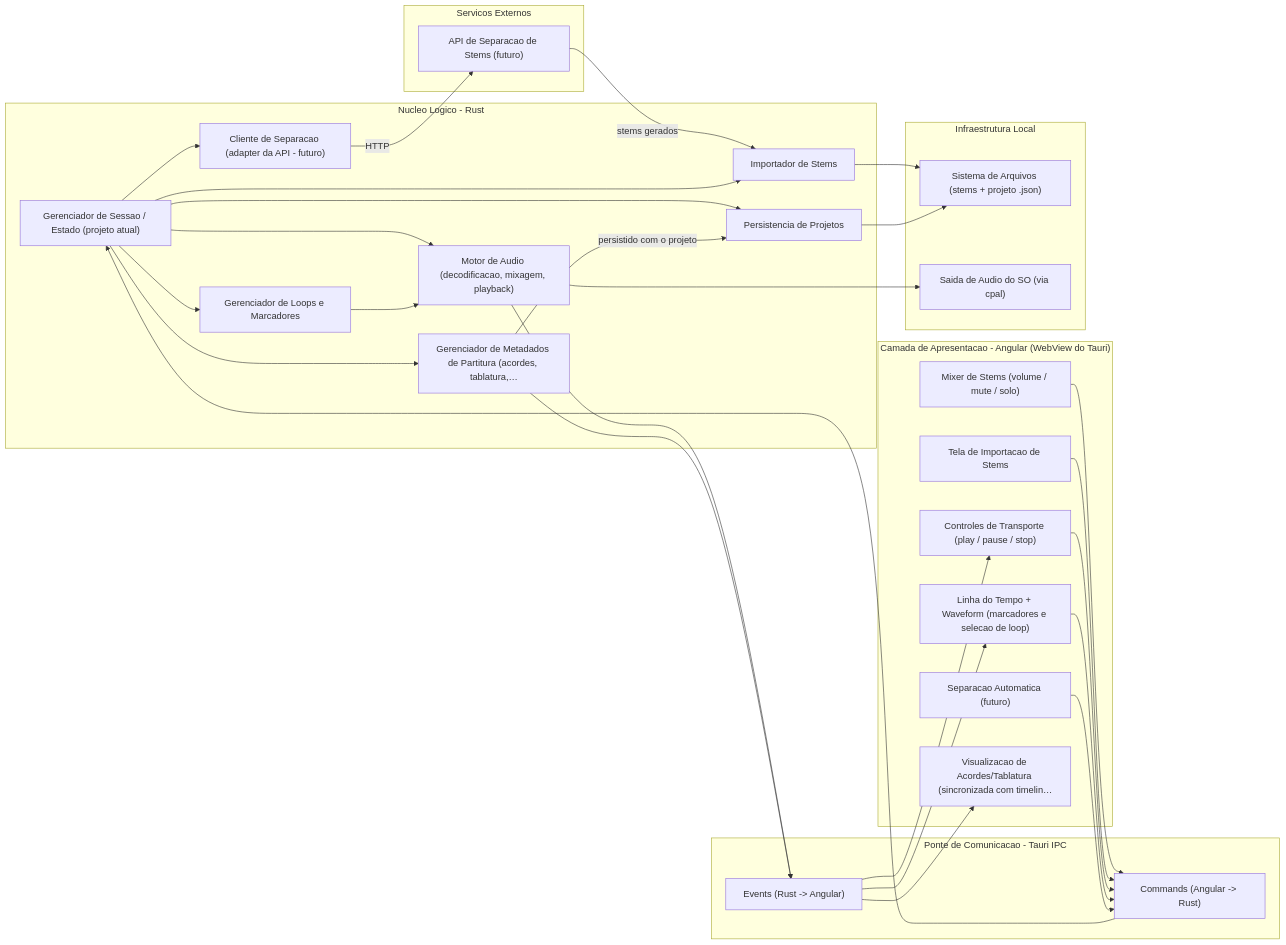
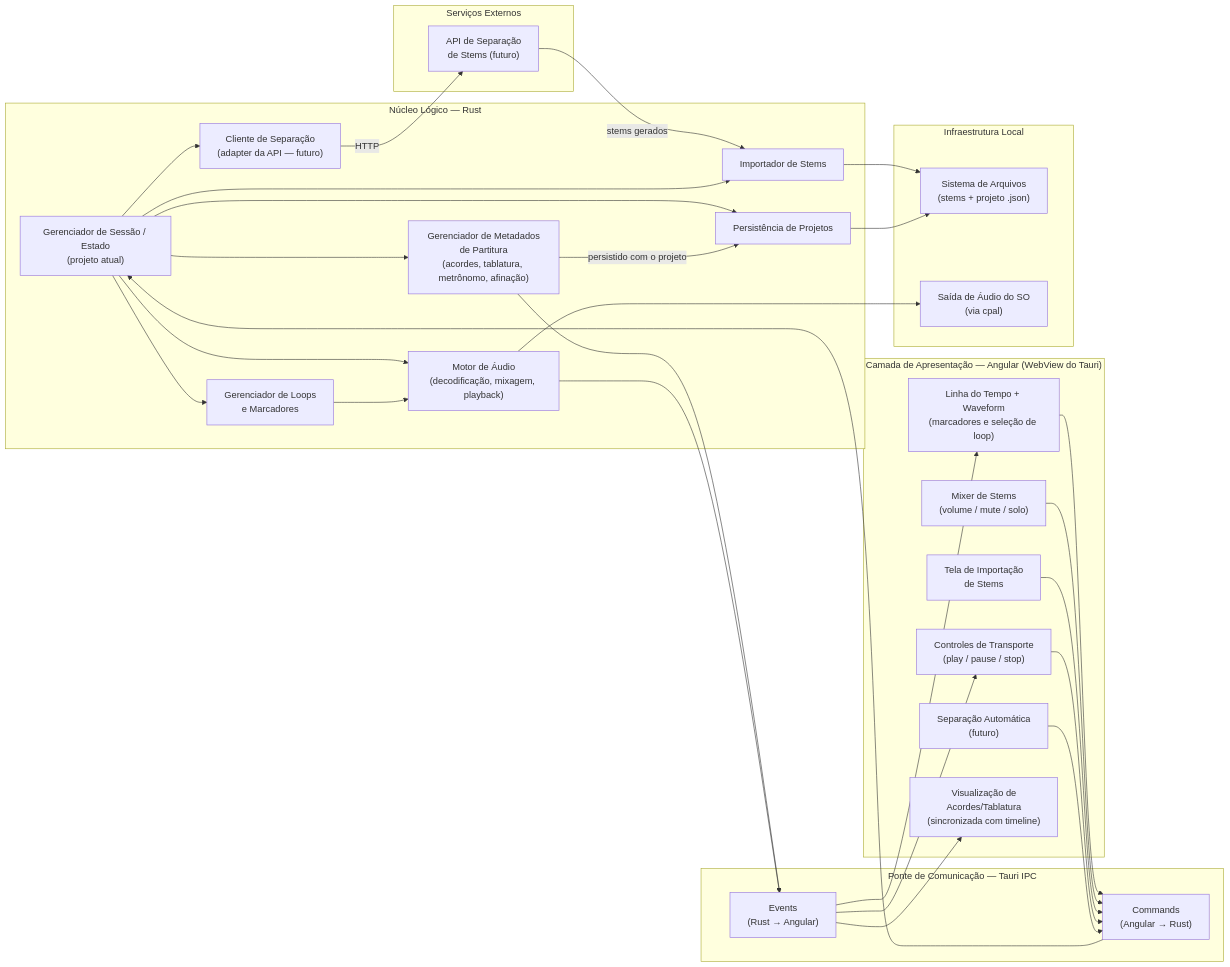
Before and after one commit to leofdss/stem-loft: the first of 5 diagrams in docs/doc.md, drawn with Mermaid. The commit also changed other lines of this file and 2 other files, not shown here.

First line of the commit message:
docs: add sheet-music metadata (chords, tablature, techniques) to architecture

````diff
--- a/docs/doc.md
+++ b/docs/doc.md
@@ -61,56 +21,65 @@
 ```mermaid
 flowchart LR
-    subgraph NUCLEO_LOGICO["Nucleo Logico - Rust"]
-        GERENCIADOR_SESSAO["Gerenciador de Sessao / Estado (projeto atual)"]
-        IMPORTADOR_STEMS["Importador de Stems"]
-        MOTOR_AUDIO["Motor de Audio (decodificacao, mixagem, playback)"]
-        CLIENTE_SEPARACAO["Cliente de Separacao (adapter da API - futuro)"]
-        GERENCIADOR_LOOPS["Gerenciador de Loops e Marcadores"]
-        PERSISTENCIA_PROJETOS["Persistencia de Projetos"]
-        GERENCIADOR_METADADOS["Gerenciador de Metadados de Partitura (acordes, tablatura,…"]
-    end
-    subgraph CAMADA_APRESENTACAO["Camada de Apresentacao - Angular (WebView do Tauri)"]
-        MIXER_STEMS["Mixer de Stems (volume / mute / solo)"]
-        TELA_IMPORTACAO["Tela de Importacao de Stems"]
-        SEPARACAO_AUTOMATICA["Separacao Automatica (futuro)"]
-        CONTROLES_TRANSPORTE["Controles de Transporte (play / pause / stop)"]
-        LINHA_TEMPO["Linha do Tempo + Waveform (marcadores e selecao de loop)"]
-        VISUALIZACAO_ACORDES["Visualizacao de Acordes/Tablatura (sincronizada com timelin…"]
-    end
-    subgraph PONTE_COMUNICACAO["Ponte de Comunicacao - Tauri IPC"]
-        COMMANDS_ANGULAR["Commands (Angular -&gt; Rust)"]
-        EVENTS_RUST["Events (Rust -&gt; Angular)"]
-    end
-    subgraph INFRAESTRUTURA_LOCAL["Infraestrutura Local"]
-        SISTEMA_ARQUIVOS["Sistema de Arquivos (stems + projeto .json)"]
-        SAIDA_AUDIO["Saida de Audio do SO (via cpal)"]
-    end
-    subgraph SERVICOS_EXTERNOS["Servicos Externos"]
-        API_SEPARACAO["API de Separacao de Stems (futuro)"]
+    subgraph EXT["Serviços Externos"]
+        API["API de Separação\nde Stems (futuro)"]
     end
 
-    GERENCIADOR_SESSAO --> CLIENTE_SEPARACAO
-    CLIENTE_SEPARACAO -- "HTTP" --> API_SEPARACAO
-    API_SEPARACAO -- "stems gerados" --> IMPORTADOR_STEMS
-    GERENCIADOR_SESSAO --> PERSISTENCIA_PROJETOS
-    GERENCIADOR_SESSAO --> IMPORTADOR_STEMS
-    GERENCIADOR_SESSAO --> MOTOR_AUDIO
-    GERENCIADOR_SESSAO --> GERENCIADOR_LOOPS
-    GERENCIADOR_LOOPS --> MOTOR_AUDIO
-    IMPORTADOR_STEMS --> SISTEMA_ARQUIVOS
-    PERSISTENCIA_PROJETOS --> SISTEMA_ARQUIVOS
-    MOTOR_AUDIO --> SAIDA_AUDIO
-    COMMANDS_ANGULAR --> GERENCIADOR_SESSAO
-    MOTOR_AUDIO --> EVENTS_RUST
-    EVENTS_RUST --> CONTROLES_TRANSPORTE
-    MIXER_STEMS --> COMMANDS_ANGULAR
-    TELA_IMPORTACAO --> COMMANDS_ANGULAR
-    CONTROLES_TRANSPORTE --> COMMANDS_ANGULAR
-    EVENTS_RUST --> LINHA_TEMPO
-    LINHA_TEMPO --> COMMANDS_ANGULAR
-    SEPARACAO_AUTOMATICA --> COMMANDS_ANGULAR
-    GERENCIADOR_SESSAO --> GERENCIADOR_METADADOS
-    GERENCIADOR_METADADOS -- "persistido com o projeto" --> PERSISTENCIA_PROJETOS
-    GERENCIADOR_METADADOS --> EVENTS_RUST
-    EVENTS_RUST --> VISUALIZACAO_ACORDES
+    subgraph CORE["Núcleo Lógico — Rust"]
+        SESSION["Gerenciador de Sessão / Estado\n(projeto atual)"]
+        SEPCLIENT["Cliente de Separação\n(adapter da API — futuro)"]
+        IMPORT["Importador de Stems"]
+        LOOPMGR["Gerenciador de Loops\ne Marcadores"]
+        AUDIO["Motor de Áudio\n(decodificação, mixagem, playback)"]
+        PERSIST["Persistência de Projetos"]
+        METADATA["Gerenciador de Metadados\nde Partitura\n(acordes, tablatura, metrônomo, afinação)"]
+    end
+
+    subgraph IPC["Ponte de Comunicação — Tauri IPC"]
+        CMD["Commands\n(Angular → Rust)"]
+        EVT["Events\n(Rust → Angular)"]
+    end
+
+    subgraph UI["Camada de Apresentação — Angular (WebView do Tauri)"]
+        MIXER["Mixer de Stems\n(volume / mute / solo)"]
+        IMPORTSCREEN["Tela de Importação\nde Stems"]
+        AUTOSEP["Separação Automática\n(futuro)"]
+        TRANSPORT["Controles de Transporte\n(play / pause / stop)"]
+        TIMELINE["Linha do Tempo + Waveform\n(marcadores e seleção de loop)"]
+        CHORDVIEW["Visualização de\nAcordes/Tablatura\n(sincronizada com timeline)"]
+    end
+
+    subgraph INFRA["Infraestrutura Local"]
+        FS["Sistema de Arquivos\n(stems + projeto .json)"]
+        OSAUDIO["Saída de Áudio do SO\n(via cpal)"]
+    end
+
+    SESSION --> SEPCLIENT
+    SEPCLIENT -- HTTP --> API
+    API -- "stems gerados" --> IMPORT
+
+    SESSION --> PERSIST
+    SESSION --> IMPORT
+    SESSION --> AUDIO
+    SESSION --> LOOPMGR
+    LOOPMGR --> AUDIO
+
+    SESSION --> METADATA
+    METADATA -- "persistido com o projeto" --> PERSIST
+    METADATA --> EVT
+
+    IMPORT --> FS
+    PERSIST --> FS
+    AUDIO --> OSAUDIO
+
+    CMD --> SESSION
+    AUDIO --> EVT
+    EVT --> TRANSPORT
+    EVT --> TIMELINE
+    EVT --> CHORDVIEW
+    TIMELINE --> CMD
+
+    MIXER --> CMD
+    IMPORTSCREEN --> CMD
+    TRANSPORT --> CMD
+    AUTOSEP --> CMD
 ```
````
